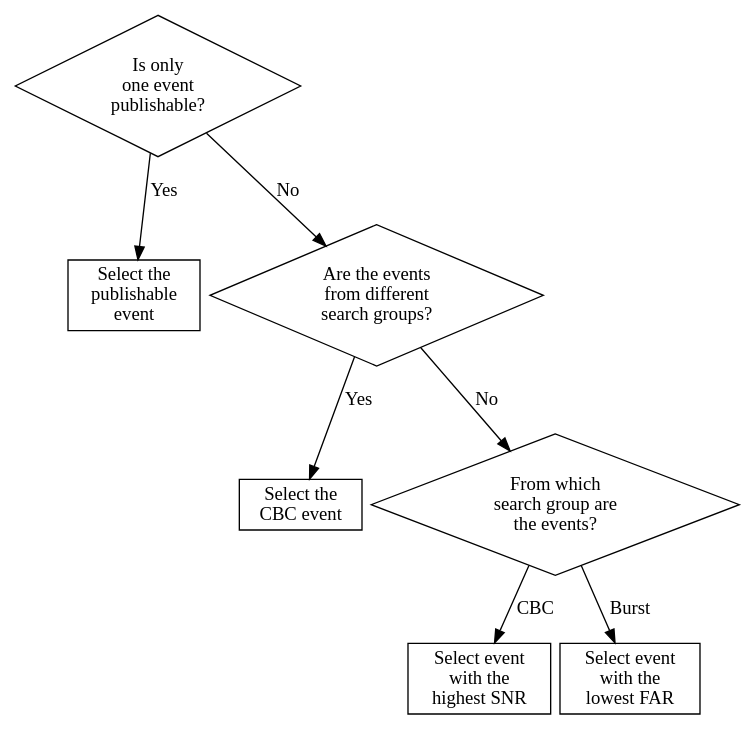
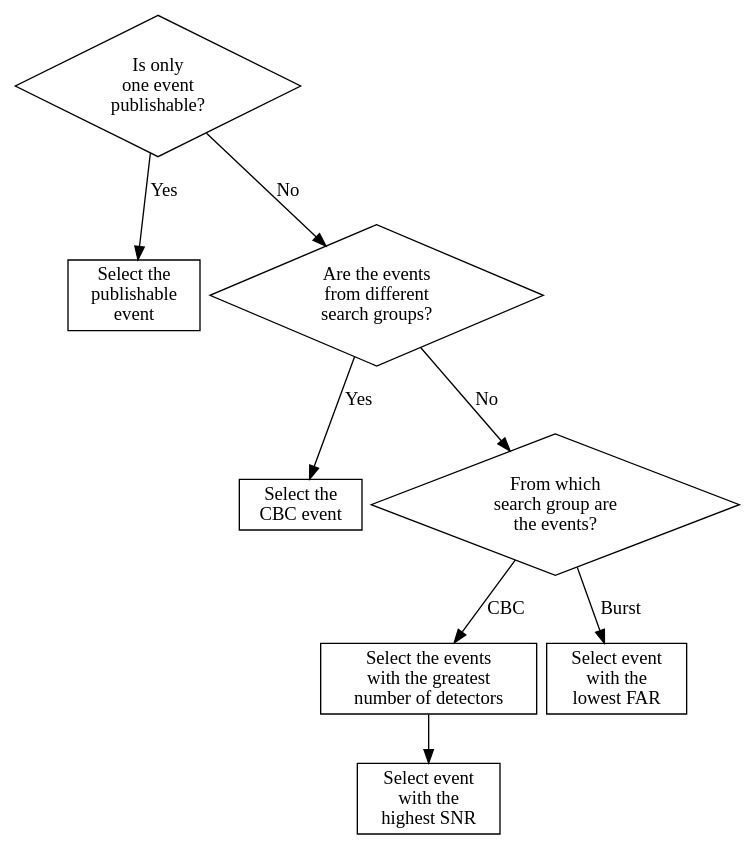
The diagram in doc/gwcelery.tasks.superevents.rst (lpsinger/gwcelery), drawn with Graphviz before and after one commit. The commit also changed other lines of this file and 4 other files, not shown here.

First line of the commit message:
Prefer CBC events with more participating detectors

```diff
--- a/doc/gwcelery.tasks.superevents.rst
+++ b/doc/gwcelery.tasks.superevents.rst
@@ -44,56 +47,61 @@
 .. digraph:: preferred_event
 
     compound = true
     nodesep = 0.1
     ranksep = 0.5
 
     node [
         fillcolor = white
         shape = box
         style = filled
         target = "_top"
     ]
 
     graph [
         labeljust = "left"
         style = filled
         target = "_top"
     ]
 
     should_publish_differs [
         label = "Is only\none event\npublishable?"
         shape = diamond
     ]
 
     should_publish_decides [
         label = "Select the\npublishable\nevent"
     ]
 
     group_differs [
         label = "Are the events\nfrom different\nsearch groups?"
         shape = diamond
     ]
 
     group_decides [
         label = "Select the\nCBC event"
     ]
 
     which_group [
         label = "From which\nsearch group are\nthe events?"
         shape = diamond
     ]
 
+    how_many_detectors [
+        label = "Select the events\nwith the greatest\nnumber of detectors"
+    ]
+
     cbc_significance [
         label = "Select event\nwith the\nhighest SNR"
     ]
 
     burst_significance [
         label = "Select event\nwith the\nlowest FAR"
     ]
 
     should_publish_differs -> should_publish_decides [label = Yes]
     should_publish_differs -> group_differs [label = No]
     group_differs -> group_decides [label = Yes]
     group_differs -> which_group [label = No]
-    which_group -> cbc_significance [label = CBC]
+    which_group -> how_many_detectors [label = CBC]
+    how_many_detectors -> cbc_significance
     which_group -> burst_significance [label = Burst]
```
